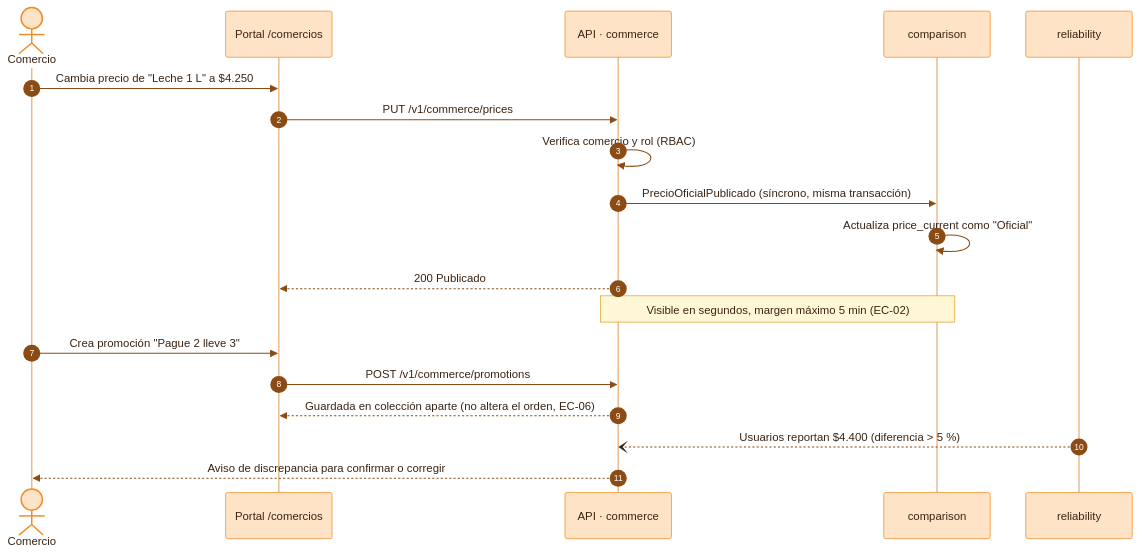
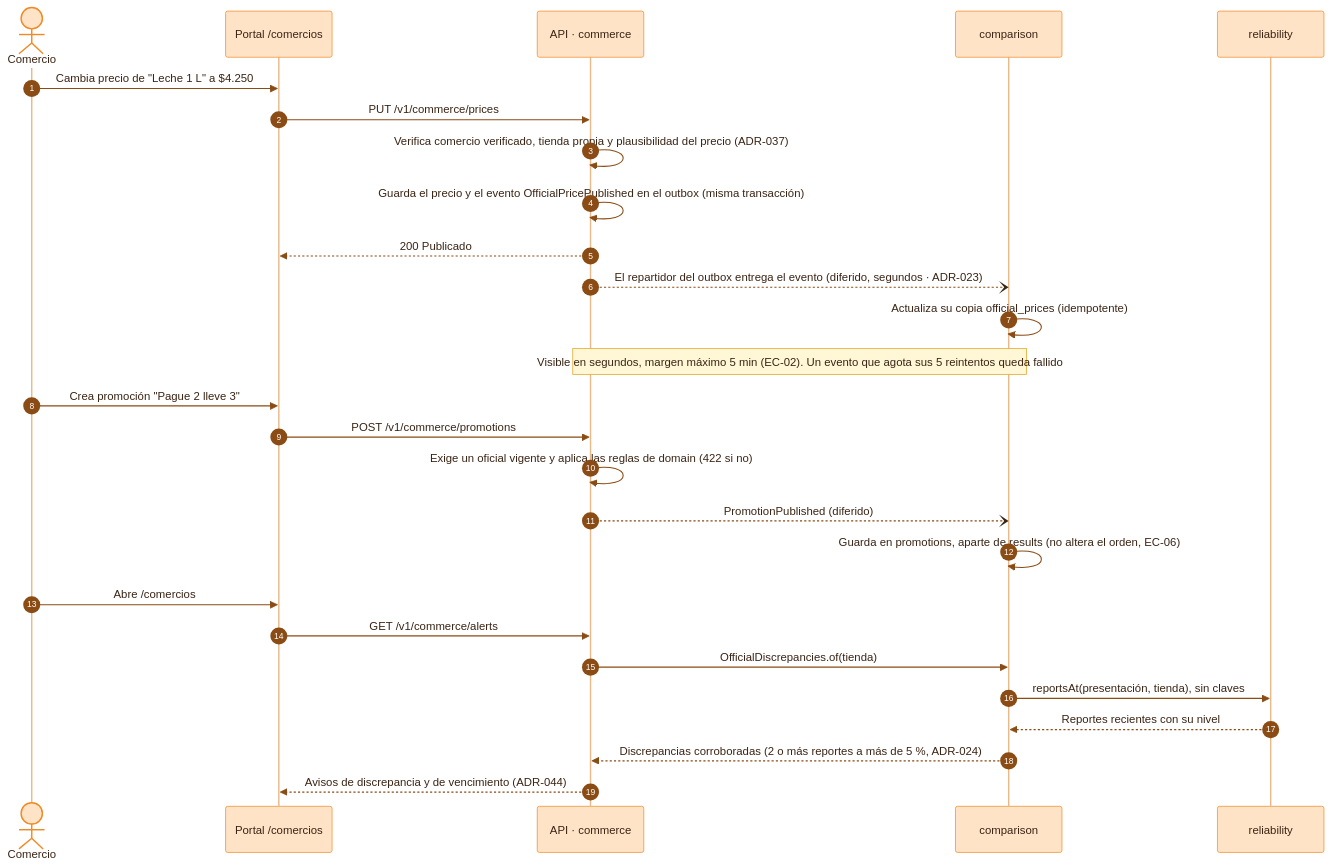
The diagram in docs/diagramas/08-sec-oficial.mmd (JuanJo0775/Sistema_valora_B), drawn with Mermaid before and after one commit. The commit also changed 6 other files, not shown here.

First line of the commit message:
docs(diagramas): actualizar 02, 03, 06, 08, 12 y 13 al despliegue y al módulo comercial reales (#210)

```diff
--- a/docs/diagramas/08-sec-oficial.mmd
+++ b/docs/diagramas/08-sec-oficial.mmd
@@ -1,20 +1,28 @@
 %%{init: {"theme":"base","themeVariables":{"fontFamily":"DejaVu Sans, Verdana, Arial, sans-serif","fontSize":"14px","primaryColor":"#FFF1DF","primaryBorderColor":"#F08A24","primaryTextColor":"#3A2414","secondaryColor":"#FFF7D6","tertiaryColor":"#FFFBF4","lineColor":"#B8692A","textColor":"#3A2414","clusterBkg":"#FFFBF4","clusterBorder":"#E8C9A0","edgeLabelBackground":"#FFFFFF","actorBkg":"#FFE3C7","actorBorder":"#F08A24","actorTextColor":"#3A2414","actorLineColor":"#E8B98A","signalColor":"#8A4B14","signalTextColor":"#3A2414","labelBoxBkgColor":"#FFE3C7","labelBoxBorderColor":"#F08A24","labelTextColor":"#3A2414","loopTextColor":"#8A4B14","noteBkgColor":"#FFF7D6","noteBorderColor":"#E3A21A","noteTextColor":"#3A2414","activationBkgColor":"#FFD7A8","activationBorderColor":"#F08A24","sequenceNumberColor":"#FFFFFF"}}}%%
 sequenceDiagram
   autonumber
   actor M as Comercio
   participant W as Portal /comercios
   participant K as API · commerce
   participant C as comparison
   participant L as reliability
   M->>W: Cambia precio de "Leche 1 L" a $4.250
   W->>K: PUT /v1/commerce/prices
-  K->>K: Verifica comercio y rol (RBAC)
-  K->>C: PrecioOficialPublicado (síncrono, misma transacción)
-  C->>C: Actualiza price_current como "Oficial"
+  K->>K: Verifica comercio verificado, tienda propia y plausibilidad del precio (ADR-037)
+  K->>K: Guarda el precio y el evento OfficialPricePublished en el outbox (misma transacción)
   K-->>W: 200 Publicado
-  Note over K,C: Visible en segundos, margen máximo 5 min (EC-02)
+  K--)C: El repartidor del outbox entrega el evento (diferido, segundos · ADR-023)
+  C->>C: Actualiza su copia official_prices (idempotente)
+  Note over K,C: Visible en segundos, margen máximo 5 min (EC-02). Un evento que agota sus 5 reintentos queda fallido
   M->>W: Crea promoción "Pague 2 lleve 3"
   W->>K: POST /v1/commerce/promotions
-  K-->>W: Guardada en colección aparte (no altera el orden, EC-06)
-  L--)K: Usuarios reportan $4.400 (diferencia > 5 %)
-  K-->>M: Aviso de discrepancia para confirmar o corregir
+  K->>K: Exige un oficial vigente y aplica las reglas de domain (422 si no)
+  K--)C: PromotionPublished (diferido)
+  C->>C: Guarda en promotions, aparte de results (no altera el orden, EC-06)
+  M->>W: Abre /comercios
+  W->>K: GET /v1/commerce/alerts
+  K->>C: OfficialDiscrepancies.of(tienda)
+  C->>L: reportsAt(presentación, tienda), sin claves
+  L-->>C: Reportes recientes con su nivel
+  C-->>K: Discrepancias corroboradas (2 o más reportes a más de 5 %, ADR-024)
+  K-->>W: Avisos de discrepancia y de vencimiento (ADR-044)
```
